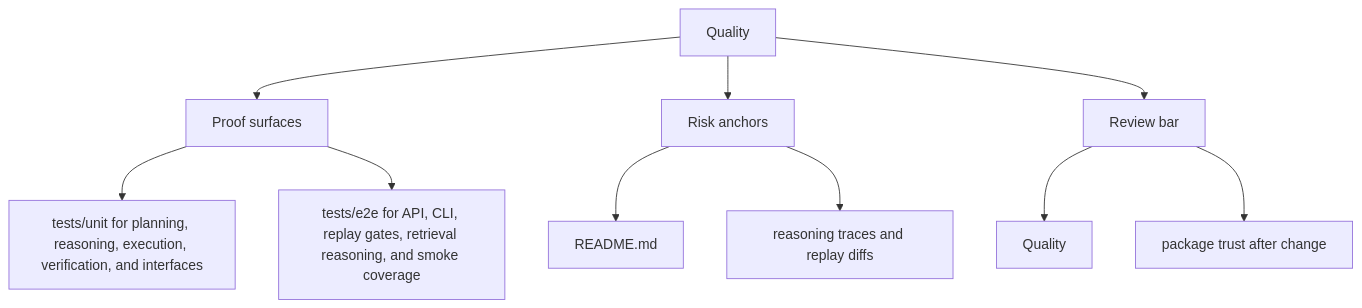
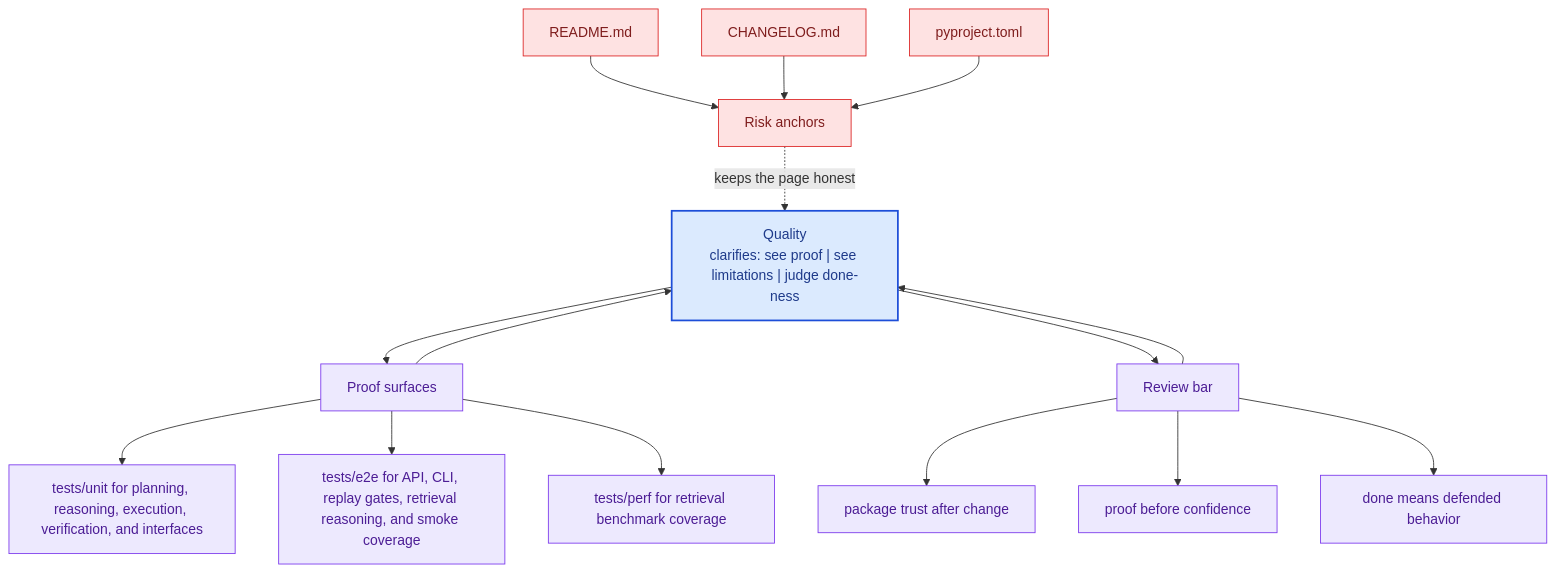
Before and after one commit to bijux/bijux-canon: the second of 2 diagrams in docs/bijux-canon-reason/quality/index.md, drawn with Mermaid. The commit also changed other lines of this file and 281 other files, not shown here.

Commit message:
docs(diagrams): deepen handbook mermaid maps across the catalog

````diff
--- a/docs/bijux-canon-reason/quality/index.md
+++ b/docs/bijux-canon-reason/quality/index.md
@@ -32,22 +65,41 @@
 ```mermaid
-flowchart TD
-    page["Quality"]
+flowchart TB
+    promise["Quality<br/>clarifies: see proof | see limitations | judge done-ness"]
+    classDef promise fill:#dbeafe,stroke:#1d4ed8,color:#1e3a8a,stroke-width:2px;
+    classDef driver fill:#dcfce7,stroke:#16a34a,color:#14532d;
+    classDef constraint fill:#fee2e2,stroke:#dc2626,color:#7f1d1d;
+    classDef ground fill:#ede9fe,stroke:#7c3aed,color:#4c1d95;
     focus1["Proof surfaces"]
-    page --> focus1
+    focus1 --> promise
+    promise --> focus1
     focus1_1["tests/unit for planning, reasoning, execution, verification, and interfaces"]
     focus1 --> focus1_1
     focus1_2["tests/e2e for API, CLI, replay gates, retrieval reasoning, and smoke coverage"]
     focus1 --> focus1_2
+    focus1_3["tests/perf for retrieval benchmark coverage"]
+    focus1 --> focus1_3
+    class focus1 ground;
+    class focus1_1,focus1_2,focus1_3 ground;
     focus2["Risk anchors"]
-    page --> focus2
+    focus2 -.keeps the page honest.-> promise
     focus2_1["README.md"]
-    focus2 --> focus2_1
-    focus2_2["reasoning traces and replay diffs"]
-    focus2 --> focus2_2
+    focus2_1 --> focus2
+    focus2_2["CHANGELOG.md"]
+    focus2_2 --> focus2
+    focus2_3["pyproject.toml"]
+    focus2_3 --> focus2
+    class focus2 constraint;
+    class focus2_1,focus2_2,focus2_3 constraint;
     focus3["Review bar"]
-    page --> focus3
-    focus3_1["Quality"]
+    focus3 --> promise
+    promise --> focus3
+    focus3_1["package trust after change"]
     focus3 --> focus3_1
-    focus3_2["package trust after change"]
+    focus3_2["proof before confidence"]
     focus3 --> focus3_2
+    focus3_3["done means defended behavior"]
+    focus3 --> focus3_3
+    class focus3 ground;
+    class focus3_1,focus3_2,focus3_3 ground;
+    class promise promise;
 ```
````
